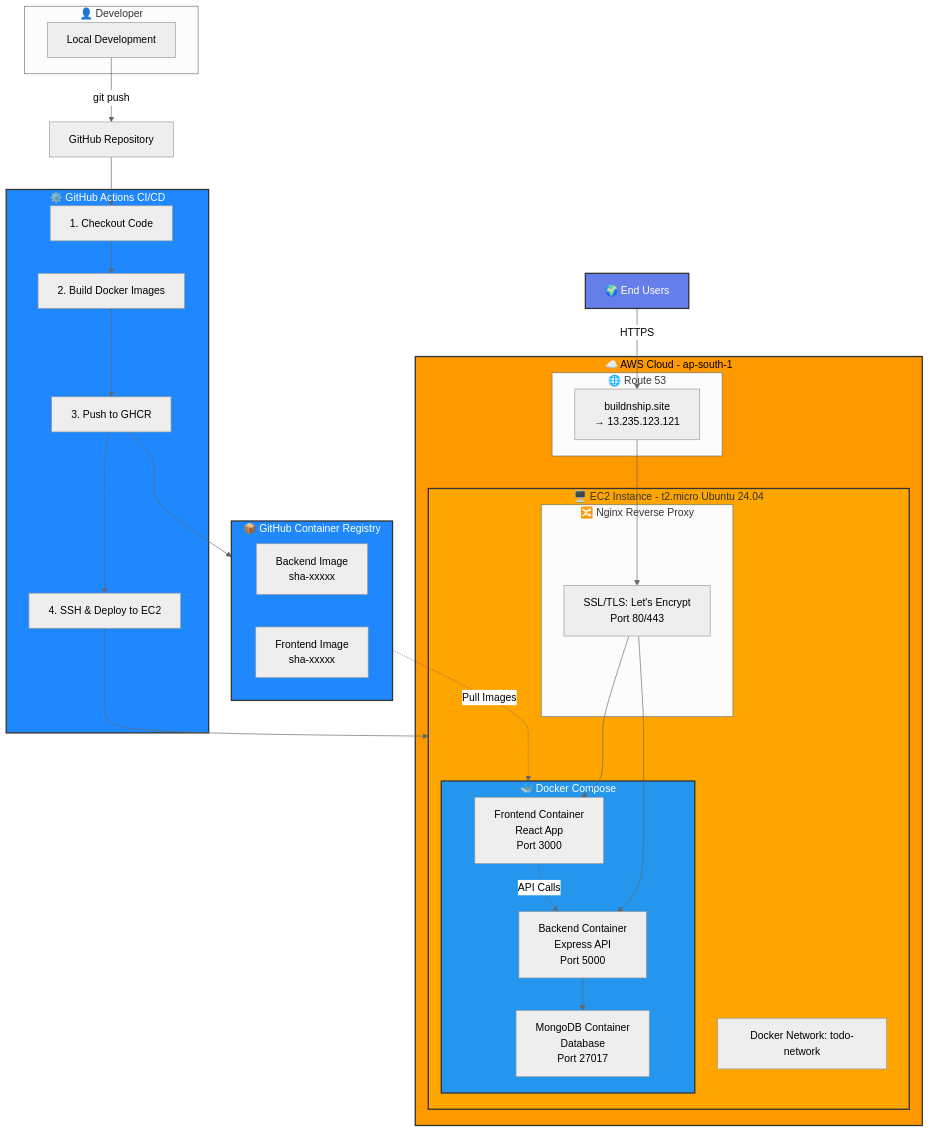
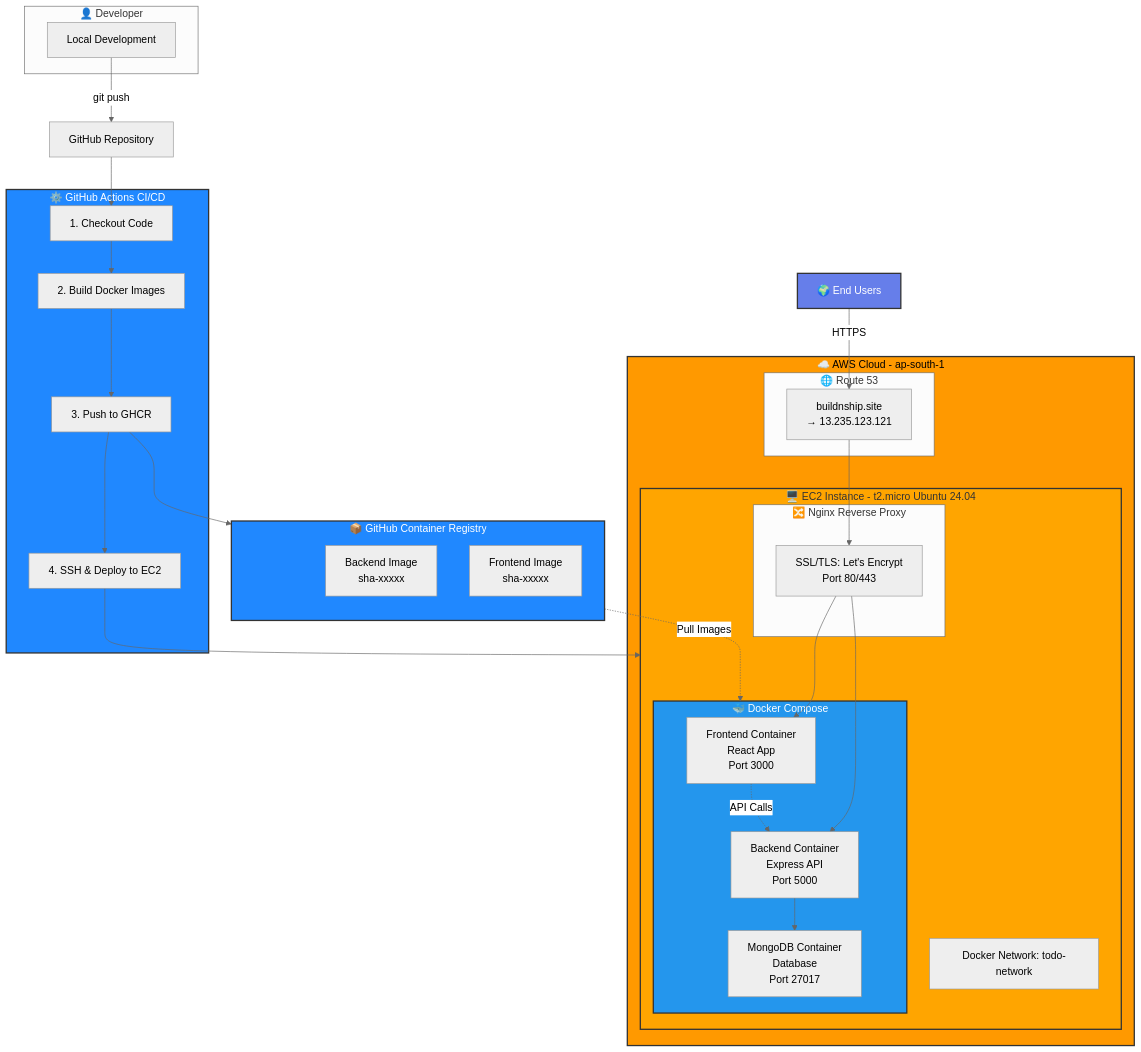
The diagram in README.md (Syed-Moazzam/mern-todo-app-devops), drawn with Mermaid (neutral theme) before and after one commit.

Commit message:
changes made in architecture diagram of README file

````diff
--- a/README.md
+++ b/README.md
@@ -43,64 +43,68 @@
 ```mermaid
 graph TB
     subgraph User["👤 Developer"]
         Dev[Local Development]
     end
     
     Dev -->|git push| GitHub[GitHub Repository]
     
     subgraph CI["⚙️ GitHub Actions CI/CD"]
         Checkout[1. Checkout Code]
         Build[2. Build Docker Images]
         Push[3. Push to GHCR]
         Deploy[4. SSH & Deploy to EC2]
         
         Checkout --> Build --> Push --> Deploy
     end
     
     GitHub --> Checkout
     
     subgraph GHCR["📦 GitHub Container Registry"]
+        direction TB
+        GHCRSpacer[" "]
         BackendImg["Backend Image<br/>sha-xxxxx"]
         FrontendImg["Frontend Image<br/>sha-xxxxx"]
     end
     
     Push --> GHCR
+    
+    style GHCRSpacer fill:none,stroke:none
     
     subgraph AWS["☁️ AWS Cloud - ap-south-1"]
         subgraph Route53["🌐 Route 53"]
             DNS["buildnship.site<br/>→ 13.235.123.121"]
         end
         
         subgraph EC2["🖥️ EC2 Instance - t2.micro Ubuntu 24.04"]
             subgraph Nginx["🔀 Nginx Reverse Proxy"]
                 SSL["SSL/TLS: Let's Encrypt<br/>Port 80/443"]
             end
             
             subgraph Docker["🐳 Docker Compose"]
                 Frontend["Frontend Container<br/>React App<br/>Port 3000"]
                 Backend["Backend Container<br/>Express API<br/>Port 5000"]
                 MongoDB["MongoDB Container<br/>Database<br/>Port 27017"]
             end
             
             Network["Docker Network: todo-network"]
         end
     end
     
     Deploy --> EC2
     GHCR -.->|Pull Images| Docker
     
     DNS --> SSL
     SSL --> Frontend
     SSL --> Backend
     Frontend -.->|API Calls| Backend
     Backend --> MongoDB
     
     Users["🌍 End Users"] -->|HTTPS| DNS
     
     style Users fill:#667eea,stroke:#333,stroke-width:2px,color:#fff
     style AWS fill:#FF9900,stroke:#333,stroke-width:2px,color:#000
     style EC2 fill:#FFA500,stroke:#333,stroke-width:2px
     style GHCR fill:#2088FF,stroke:#333,stroke-width:2px,color:#fff
     style CI fill:#2088FF,stroke:#333,stroke-width:2px,color:#fff
     style Docker fill:#2496ED,stroke:#333,stroke-width:2px,color:#fff
 ```
````
